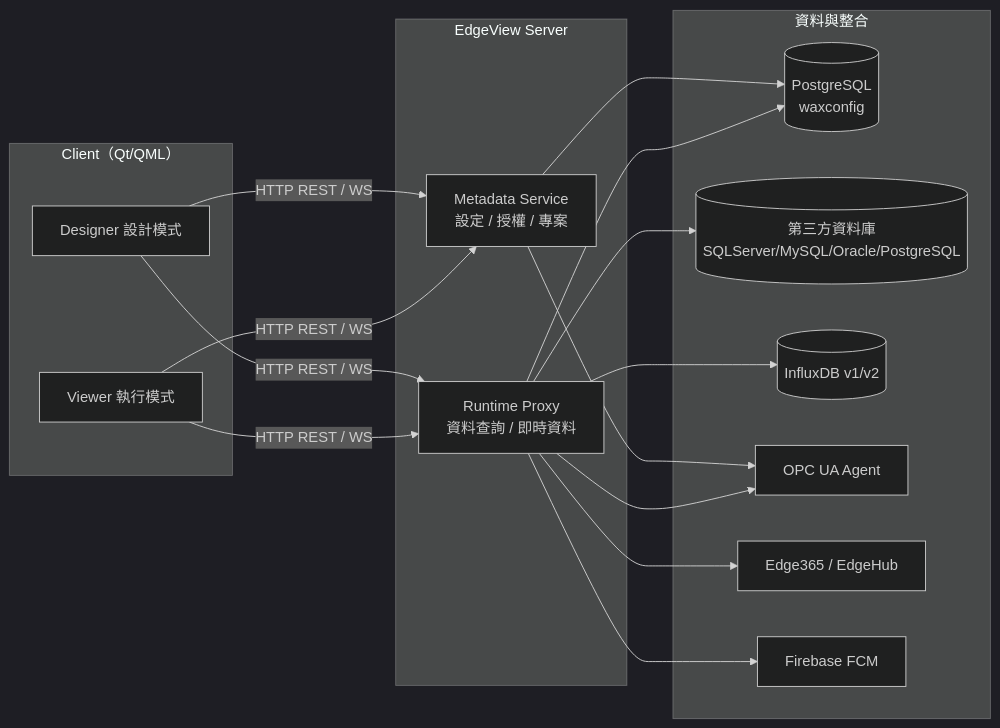
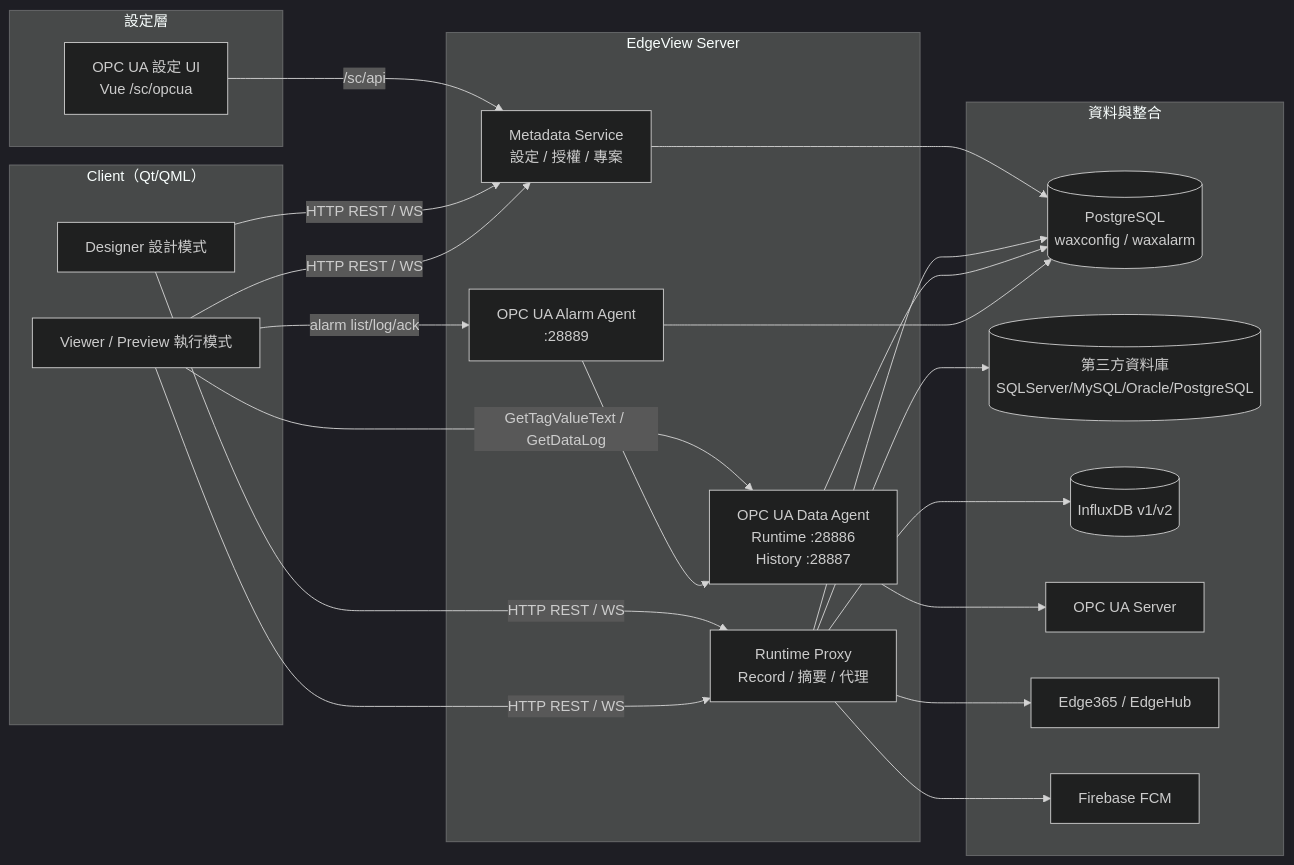
One commit to PochengChen-del/EdgeViewDoc changed the diagram in README.md. Above: the diagram before and after it, drawn with Mermaid (dark theme). The commit also changed other lines of this file and 20 other files, not shown here.

````diff
--- a/README.md
+++ b/README.md
@@ -36,32 +42,42 @@
 ```mermaid
 flowchart LR
     subgraph Client["Client（Qt/QML）"]
         D[Designer 設計模式]
-        V[Viewer 執行模式]
+        V[Viewer / Preview 執行模式]
     end
     subgraph Backend["EdgeView Server"]
         M[Metadata Service<br/>設定 / 授權 / 專案]
-        R[Runtime Proxy<br/>資料查詢 / 即時資料]
+        R[Runtime Proxy<br/>Record / 摘要 / 代理]
+        A[OPC UA Data Agent<br/>Runtime :28886<br/>History :28887]
+        L[OPC UA Alarm Agent<br/>:28889]
+    end
+    subgraph UI["設定層"]
+        U[OPC UA 設定 UI<br/>Vue /sc/opcua]
     end
     subgraph Data["資料與整合"]
-        PG[(PostgreSQL<br/>waxconfig)]
+        PG[(PostgreSQL<br/>waxconfig / waxalarm)]
         DB[(第三方資料庫<br/>SQLServer/MySQL/Oracle/PostgreSQL)]
         TS[(InfluxDB v1/v2)]
-        OPC[OPC UA Agent]
+        OPC[OPC UA Server]
         EH[Edge365 / EdgeHub]
         FCM[Firebase FCM]
     end
 
+    U -->|/sc/api| M
     D -->|HTTP REST / WS| M
     V -->|HTTP REST / WS| M
     D -->|HTTP REST / WS| R
     V -->|HTTP REST / WS| R
+    V -->|GetTagValueText / GetDataLog| A
+    V -->|alarm list/log/ack| L
     M --> PG
-    M --> OPC
     R --> PG
     R --> DB
     R --> TS
-    R --> OPC
     R --> EH
     R --> FCM
+    A --> PG
+    A --> OPC
+    L --> PG
+    L --> A
 ```
````
